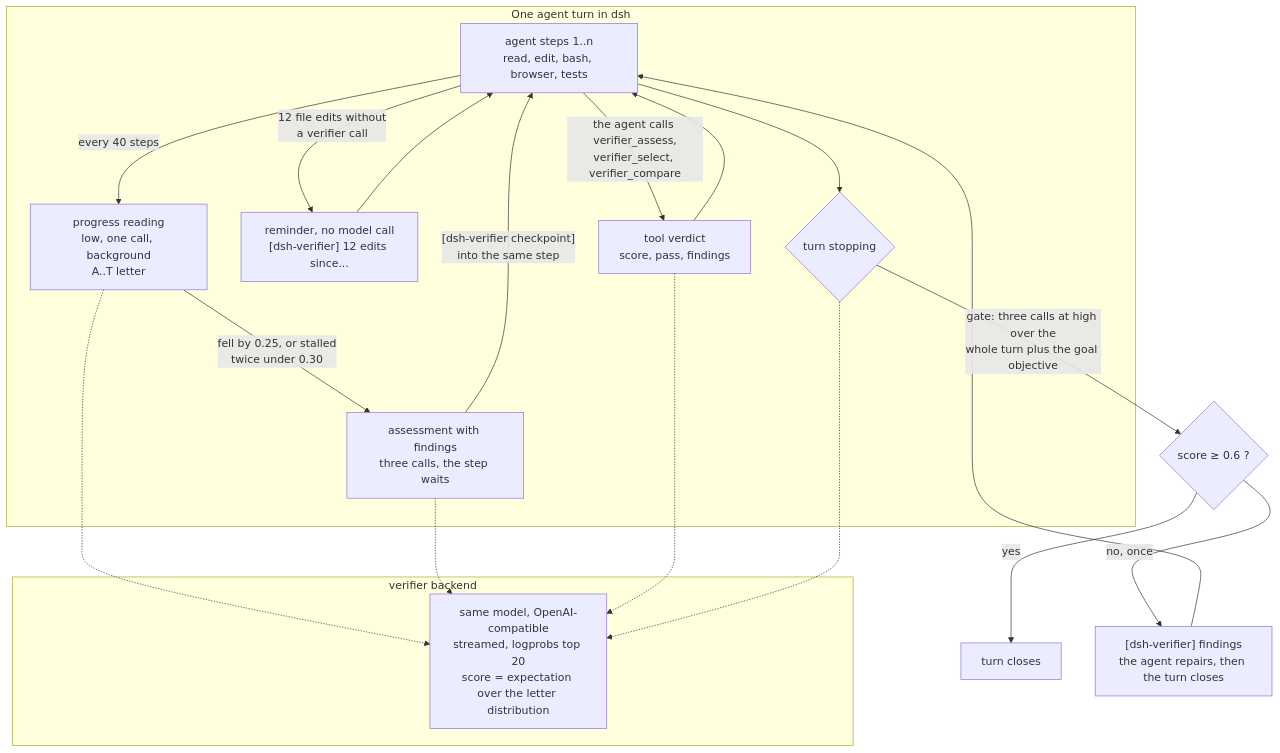
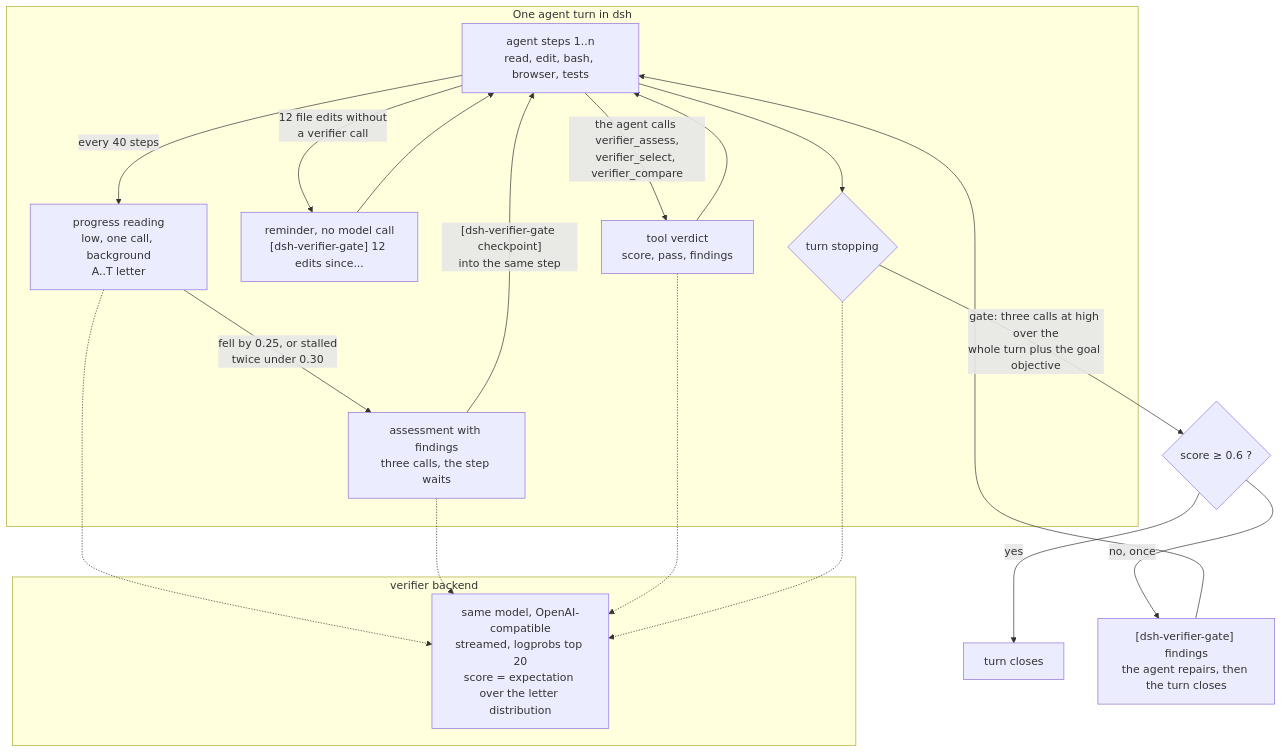
The first of 2 diagrams in README.md (DevRico003/dsh-verifier), drawn with Mermaid before and after one commit. The commit also changed other lines of this file and 30 other files, not shown here.

Commit message:
Rename to dsh-verifier-gate (a different dsh-verifier exists on the plugin market); settings namespace verifier: and tool names unchanged

````diff
--- a/README.md
+++ b/README.md
@@ -11,25 +11,25 @@
 ```mermaid
 flowchart TD
     subgraph turn["One agent turn in dsh"]
         S["agent steps 1..n<br/>read, edit, bash, browser, tests"]
         S -->|"every 40 steps"| P["progress reading<br/>low, one call, background<br/>A..T letter"]
         P -->|"fell by 0.25, or stalled<br/>twice under 0.30"| A["assessment with findings<br/>three calls, the step waits"]
-        A -->|"[dsh-verifier checkpoint]<br/>into the same step"| S
-        S -->|"12 file edits without<br/>a verifier call"| D["reminder, no model call<br/>[dsh-verifier] 12 edits since..."]
+        A -->|"[dsh-verifier-gate checkpoint]<br/>into the same step"| S
+        S -->|"12 file edits without<br/>a verifier call"| D["reminder, no model call<br/>[dsh-verifier-gate] 12 edits since..."]
         D --> S
         S -->|"the agent calls verifier_assess,<br/>verifier_select, verifier_compare"| T["tool verdict<br/>score, pass, findings"]
         T --> S
         S --> E{"turn stopping"}
     end
     E -->|"gate: three calls at high over the<br/>whole turn plus the goal objective"| G{"score ≥ 0.6 ?"}
     G -->|"yes"| C["turn closes"]
-    G -->|"no, once"| R["[dsh-verifier] findings<br/>the agent repairs, then the turn closes"]
+    G -->|"no, once"| R["[dsh-verifier-gate] findings<br/>the agent repairs, then the turn closes"]
     R --> S
     subgraph backend["verifier backend"]
         V["same model, OpenAI-compatible<br/>streamed, logprobs top 20<br/>score = expectation over the letter distribution"]
     end
     P -.-> V
     A -.-> V
     T -.-> V
     E -.-> V
 ```
````
